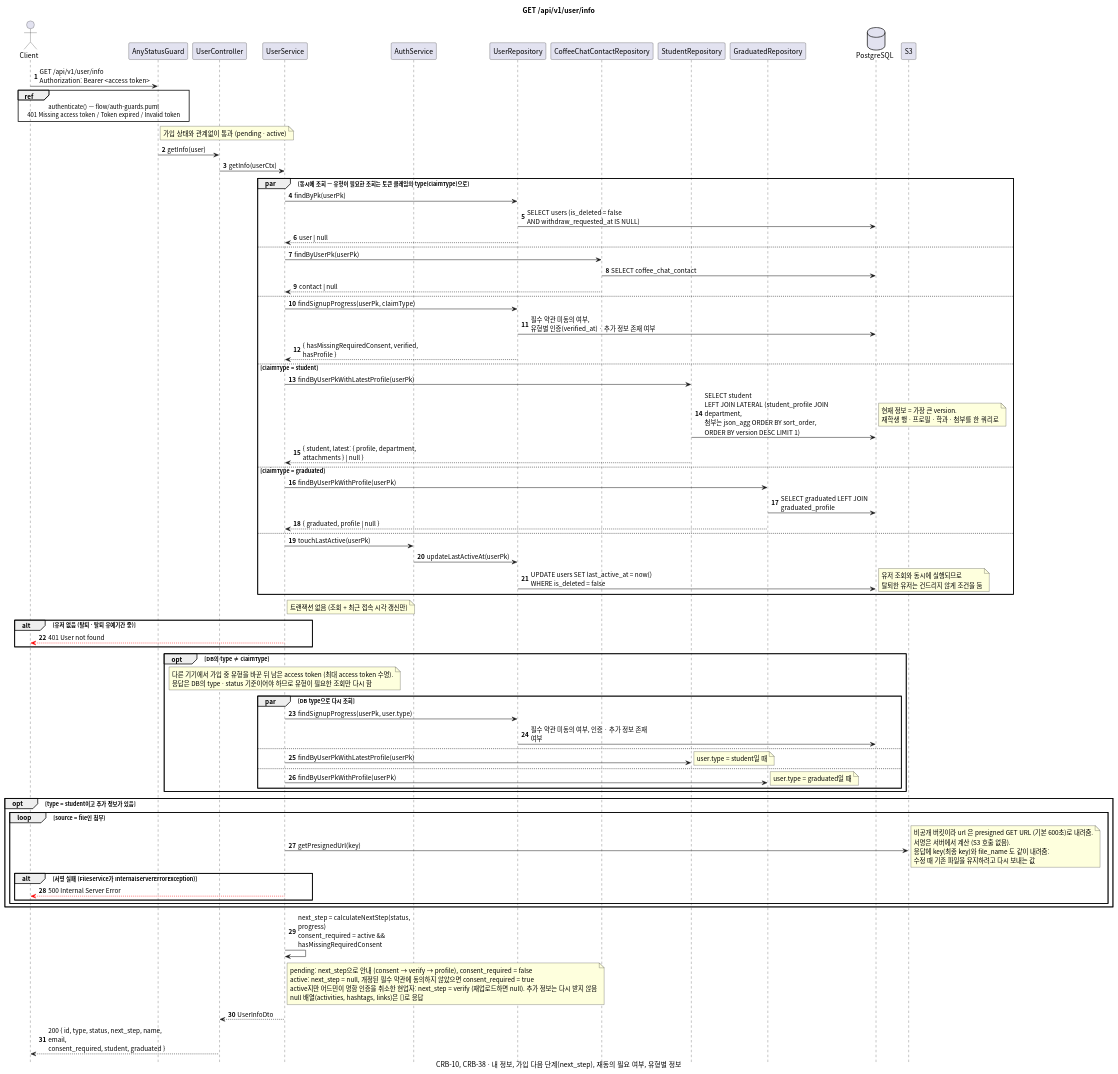
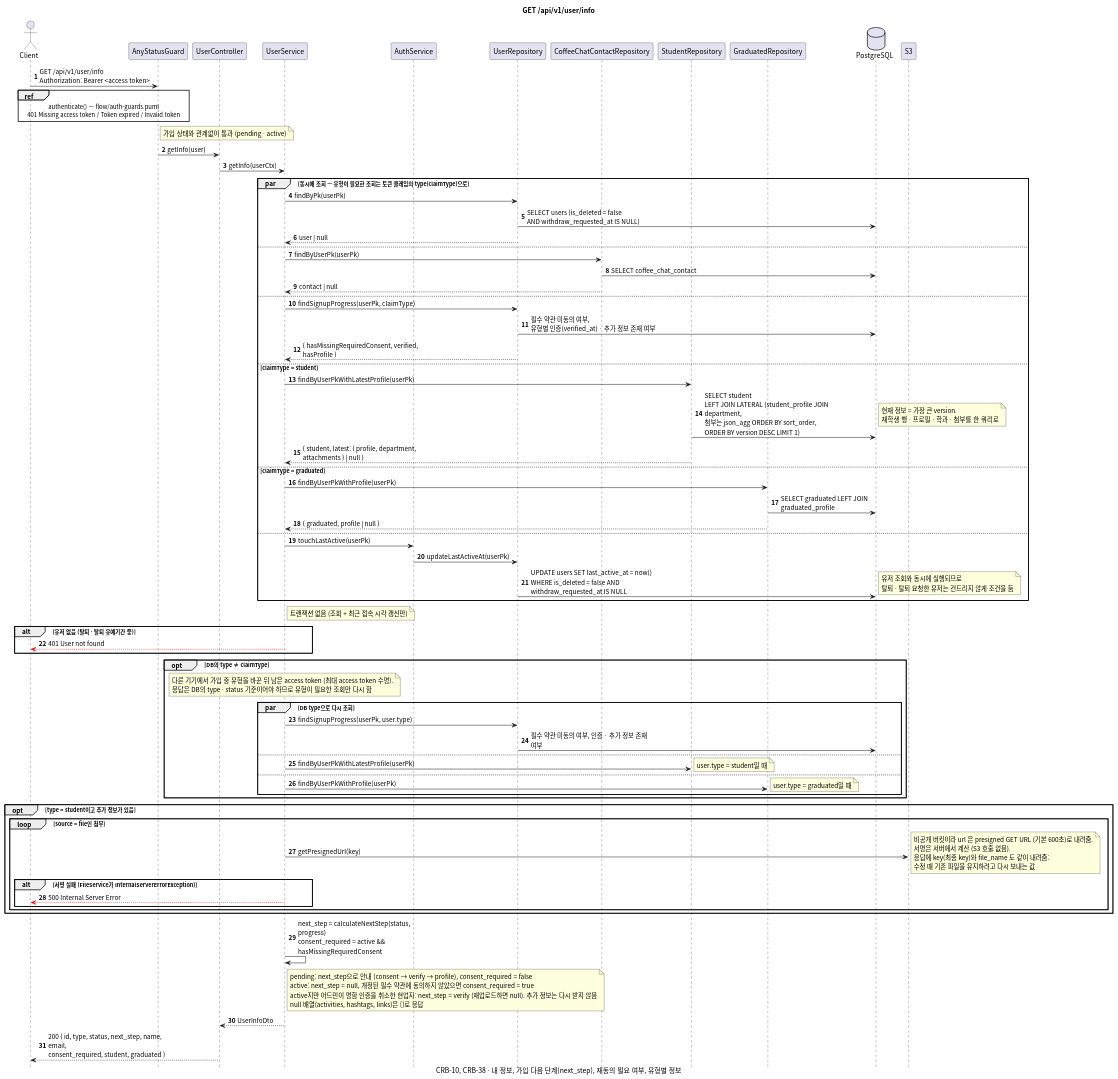
Before and after one commit to gsainfoteam/cheers-be: the diagram in docs/sequence/user/get-info.puml, drawn with PlantUML. The commit also changed 28 other files, not shown here.

Commit message:
- docs: align sequence diagrams with code (CRB-63)

```diff
--- a/docs/sequence/user/get-info.puml
+++ b/docs/sequence/user/get-info.puml
@@ -1,102 +1,102 @@
 @startuml get-info
 skinparam defaultFontName "Apple SD Gothic Neo", "Noto Sans CJK KR", sans-serif
 skinparam responseMessageBelowArrow true
 skinparam sequenceMessageAlign left
 skinparam maxMessageSize 260
 skinparam BoxPadding 8
 skinparam shadowing false
 autonumber
 hide footbox
 
 title GET /api/v1/user/info
 caption CRB-10, CRB-38 · 내 정보, 가입 다음 단계(next_step), 재동의 필요 여부, 유형별 정보
 
 actor Client
 participant "AnyStatusGuard" as Guard
 participant "UserController" as Controller
 participant "UserService" as Service
 participant "AuthService" as AuthService
 participant "UserRepository" as UserRepository
 participant "CoffeeChatContactRepository" as CoffeeChatContactRepository
 participant "StudentRepository" as StudentRepository
 participant "GraduatedRepository" as GraduatedRepository
 database PostgreSQL
 participant "S3"
 
 Client -> Guard: GET /api/v1/user/info\nAuthorization: Bearer <access token>
 ref over Client, Guard: authenticate() — flow/auth-guards.puml\n401 Missing access token / Token expired / Invalid token
 note right of Guard: 가입 상태와 관계없이 통과 (pending · active)
 Guard -> Controller: getInfo(user)
 Controller -> Service: getInfo(userCtx)
 
 par 동시에 조회 — 유형이 필요한 조회는 토큰 클레임의 type(claimType)으로
   Service -> UserRepository: findByPk(userPk)
   UserRepository -> PostgreSQL: SELECT users (is_deleted = false\nAND withdraw_requested_at IS NULL)
   UserRepository --> Service: user | null
 else
   Service -> CoffeeChatContactRepository: findByUserPk(userPk)
   CoffeeChatContactRepository -> PostgreSQL: SELECT coffee_chat_contact
   CoffeeChatContactRepository --> Service: contact | null
 else
   Service -> UserRepository: findSignupProgress(userPk, claimType)
   UserRepository -> PostgreSQL: 필수 약관 미동의 여부,\n유형별 인증(verified_at) · 추가 정보 존재 여부
   UserRepository --> Service: { hasMissingRequiredConsent, verified, hasProfile }
 else claimType = student
   Service -> StudentRepository: findByUserPkWithLatestProfile(userPk)
   StudentRepository -> PostgreSQL: SELECT student\nLEFT JOIN LATERAL (student_profile JOIN department,\n첨부는 json_agg ORDER BY sort_order,\nORDER BY version DESC LIMIT 1)
   note right: 현재 정보 = 가장 큰 version.\n재학생 행 · 프로필 · 학과 · 첨부를 한 쿼리로
   StudentRepository --> Service: { student, latest: { profile, department, attachments } | null }
 else claimType = graduated
   Service -> GraduatedRepository: findByUserPkWithProfile(userPk)
   GraduatedRepository -> PostgreSQL: SELECT graduated LEFT JOIN graduated_profile
   GraduatedRepository --> Service: { graduated, profile | null }
 else
   Service -> AuthService: touchLastActive(userPk)
   AuthService -> UserRepository: updateLastActiveAt(userPk)
-  UserRepository -> PostgreSQL: UPDATE users SET last_active_at = now()\nWHERE is_deleted = false
-  note right: 유저 조회와 동시에 실행되므로\n탈퇴한 유저는 건드리지 않게 조건을 둠
+  UserRepository -> PostgreSQL: UPDATE users SET last_active_at = now()\nWHERE is_deleted = false AND withdraw_requested_at IS NULL
+  note right: 유저 조회와 동시에 실행되므로\n탈퇴 · 탈퇴 요청한 유저는 건드리지 않게 조건을 둠
 end
 note right of Service: 트랜잭션 없음 (조회 + 최근 접속 시각 갱신만)
 
 alt 유저 없음 (탈퇴 · 탈퇴 유예기간 중)
   Service -[#red]-> Client: 401 User not found
 end
 
 opt DB의 type ≠ claimType
   note over Service
     다른 기기에서 가입 중 유형을 바꾼 뒤 남은 access token (최대 access token 수명).
     응답은 DB의 type · status 기준이어야 하므로 유형이 필요한 조회만 다시 함
   end note
   par DB type으로 다시 조회
     Service -> UserRepository: findSignupProgress(userPk, user.type)
     UserRepository -> PostgreSQL: 필수 약관 미동의 여부, 인증 · 추가 정보 존재 여부
   else
     Service -> StudentRepository: findByUserPkWithLatestProfile(userPk)
     note right: user.type = student일 때
   else
     Service -> GraduatedRepository: findByUserPkWithProfile(userPk)
     note right: user.type = graduated일 때
   end
 end
 
 opt type = student이고 추가 정보가 있음
   loop source = file인 첨부
     Service -> S3: getPresignedUrl(key)
     note right: 비공개 버킷이라 url 은 presigned GET URL (기본 600초)로 내려줌.\n서명은 서버에서 계산 (S3 호출 없음).\n응답에 key(최종 key)와 file_name 도 같이 내려줌:\n수정 때 기존 파일을 유지하려고 다시 보내는 값
     alt 서명 실패 (FileService가 InternalServerErrorException)
       Service -[#red]-> Client: 500 Internal Server Error
     end
   end
 end
 
 Service -> Service: next_step = calculateNextStep(status, progress)\nconsent_required = active && hasMissingRequiredConsent
 note right of Service
   pending: next_step으로 안내 (consent → verify → profile), consent_required = false
   active: next_step = null, 개정된 필수 약관에 동의하지 않았으면 consent_required = true
   active지만 어드민이 명함 인증을 취소한 현업자: next_step = verify (재업로드하면 null). 추가 정보는 다시 받지 않음
   null 배열(activities, hashtags, links)은 []로 응답
 end note
 Service --> Controller: UserInfoDto
 Controller --> Client: 200 { id, type, status, next_step, name, email,\nconsent_required, student, graduated }
 
 @enduml
```
